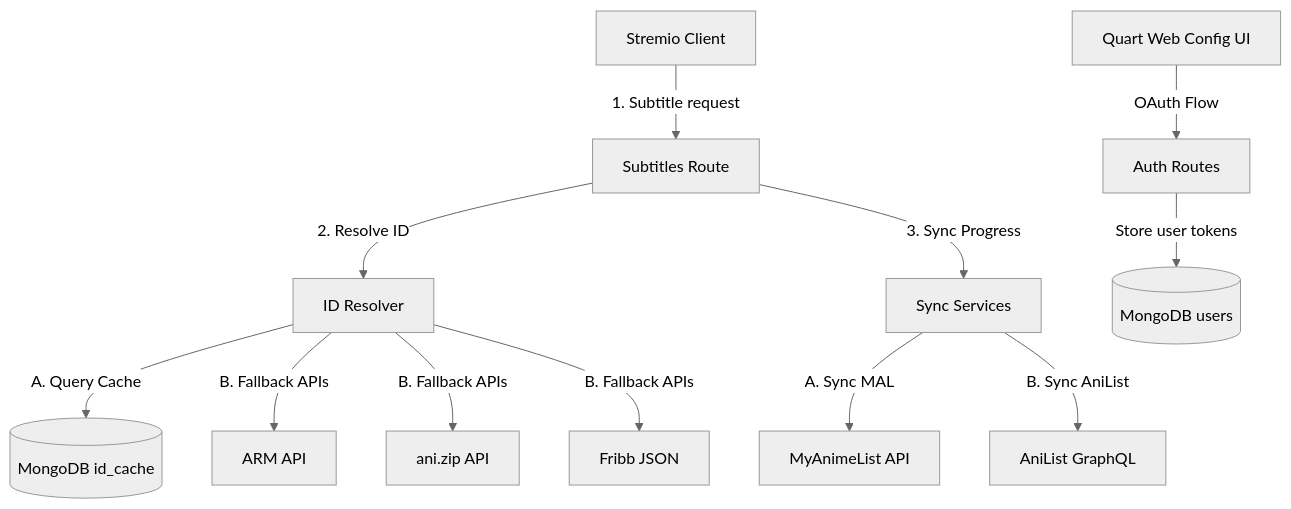
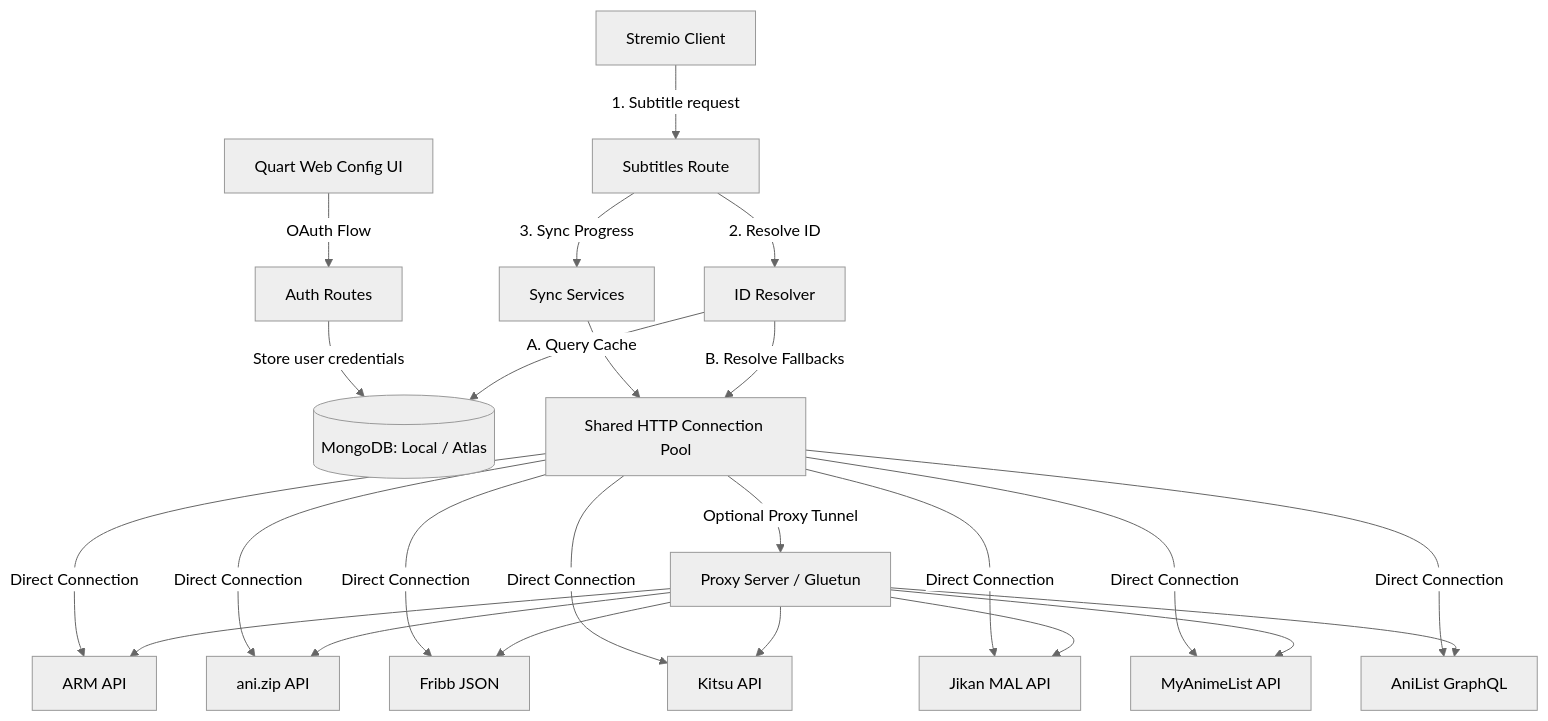
Before and after one commit to null15/anisync-addon: the diagram in README.md, drawn with Mermaid (neutral theme). The commit also changed other lines of this file, not shown here.

````diff
--- a/README.md
+++ b/README.md
@@ -76,13 +109,21 @@
 ```mermaid
 graph TD
     Stremio[Stremio Client] -->|1. Subtitle request| SubtitleEP[Subtitles Route]
     SubtitleEP -->|2. Resolve ID| IDResolver[ID Resolver]
-    IDResolver -->|A. Query Cache| MongoDB[(MongoDB id_cache)]
-    IDResolver -->|B. Fallback APIs| ARM[ARM API] & AniZip[ani.zip API] & Fribb[Fribb JSON]
+    IDResolver -->|A. Query Cache| MongoDB[(MongoDB: Local / Atlas)]
+    IDResolver -->|B. Resolve Fallbacks| ConnectionPool[Shared HTTP Connection Pool]
+    
+    ConnectionPool -->|Optional Proxy Tunnel| Proxy[Proxy Server / Gluetun]
+    
+    Proxy --> ARM[ARM API] & AniZip[ani.zip API] & Fribb[Fribb JSON] & Kitsu[Kitsu API] & Jikan[Jikan MAL API]
+    ConnectionPool -->|Direct Connection| ARM & AniZip & Fribb & Kitsu & Jikan
+
     SubtitleEP -->|3. Sync Progress| SyncService[Sync Services]
-    SyncService -->|A. Sync MAL| MAL[MyAnimeList API]
-    SyncService -->|B. Sync AniList| AniList[AniList GraphQL]
+    SyncService --> ConnectionPool
+    
+    Proxy --> MAL[MyAnimeList API] & AniList[AniList GraphQL]
+    ConnectionPool -->|Direct Connection| MAL & AniList
     
     WebUI[Quart Web Config UI] -->|OAuth Flow| Auth[Auth Routes]
-    Auth -->|Store user tokens| MongoUsers[(MongoDB users)]
+    Auth -->|Store user credentials| MongoDB
 ```
````
